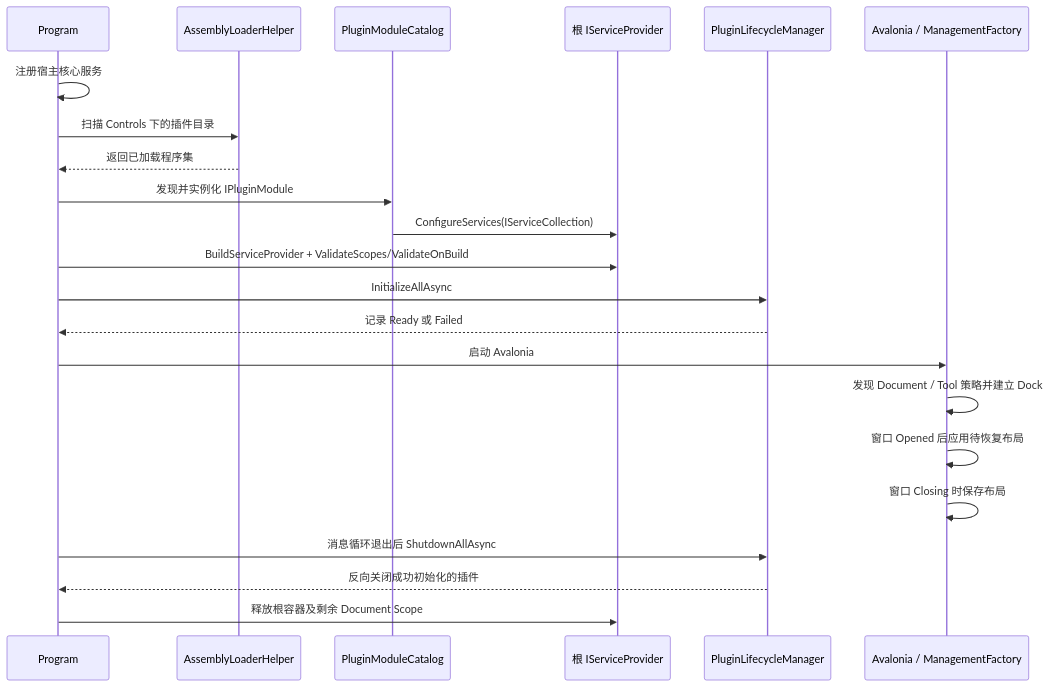
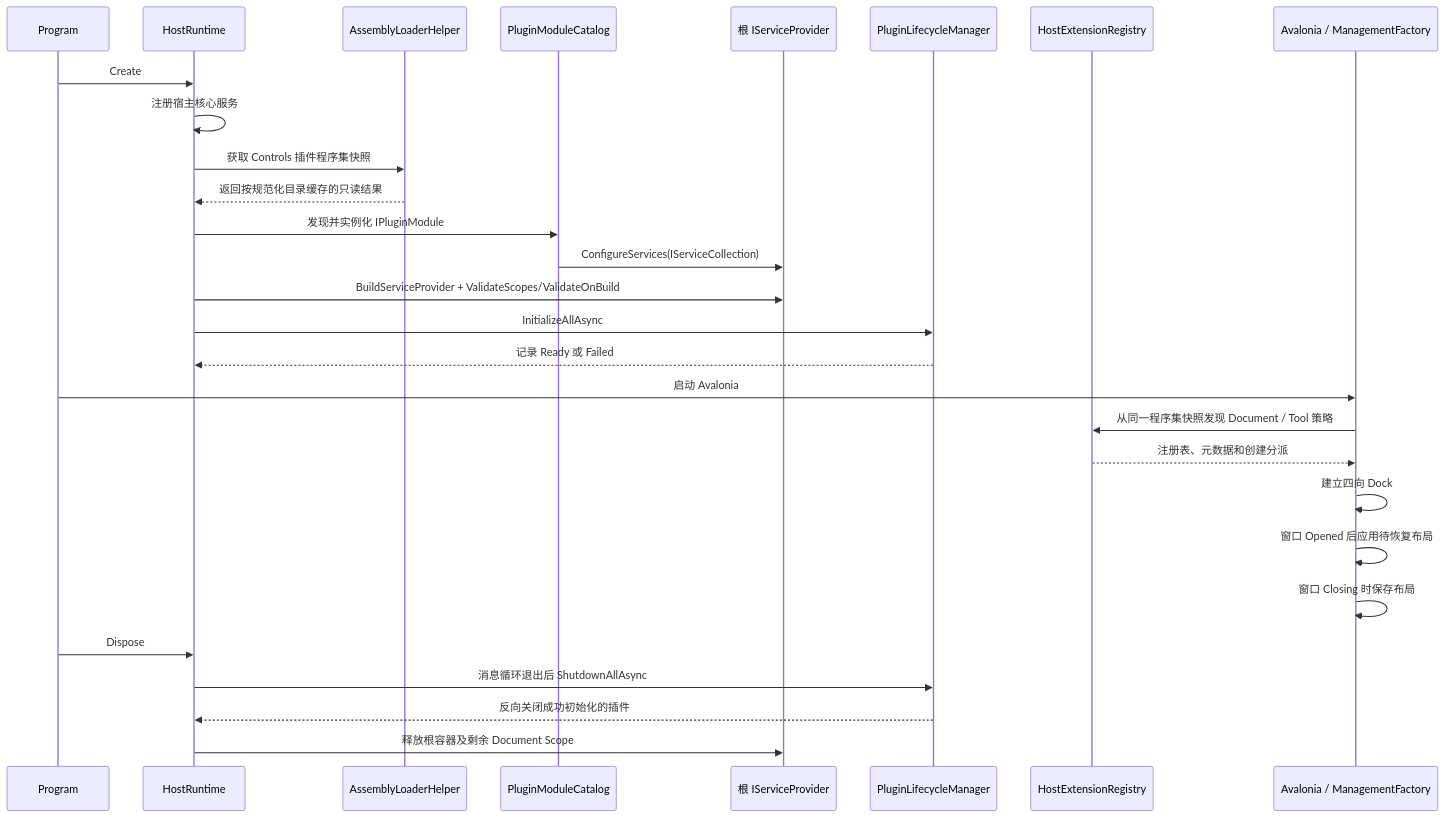
The second of 5 diagrams in docs/host-plugin-architecture-review.md (crownclowngx/avalonia_dock_simple_test), drawn with Mermaid before and after one commit. The commit also changed other lines of this file and 35 other files, not shown here.

````diff
--- a/docs/host-plugin-architecture-review.md
+++ b/docs/host-plugin-architecture-review.md
@@ -63,25 +63,31 @@
 ```mermaid
 sequenceDiagram
     participant P as Program
+    participant R as HostRuntime
     participant L as AssemblyLoaderHelper
     participant C as PluginModuleCatalog
     participant DI as 根 IServiceProvider
     participant LM as PluginLifecycleManager
+    participant E as HostExtensionRegistry
     participant UI as Avalonia / ManagementFactory
 
-    P->>P: 注册宿主核心服务
-    P->>L: 扫描 Controls 下的插件目录
-    L-->>P: 返回已加载程序集
-    P->>C: 发现并实例化 IPluginModule
+    P->>R: Create
+    R->>R: 注册宿主核心服务
+    R->>L: 获取 Controls 插件程序集快照
+    L-->>R: 返回按规范化目录缓存的只读结果
+    R->>C: 发现并实例化 IPluginModule
     C->>DI: ConfigureServices(IServiceCollection)
-    P->>DI: BuildServiceProvider + ValidateScopes/ValidateOnBuild
-    P->>LM: InitializeAllAsync
-    LM-->>P: 记录 Ready 或 Failed
+    R->>DI: BuildServiceProvider + ValidateScopes/ValidateOnBuild
+    R->>LM: InitializeAllAsync
+    LM-->>R: 记录 Ready 或 Failed
     P->>UI: 启动 Avalonia
-    UI->>UI: 发现 Document / Tool 策略并建立 Dock
+    UI->>E: 从同一程序集快照发现 Document / Tool 策略
+    E-->>UI: 注册表、元数据和创建分派
+    UI->>UI: 建立四向 Dock
     UI->>UI: 窗口 Opened 后应用待恢复布局
     UI->>UI: 窗口 Closing 时保存布局
-    P->>LM: 消息循环退出后 ShutdownAllAsync
-    LM-->>P: 反向关闭成功初始化的插件
-    P->>DI: 释放根容器及剩余 Document Scope
+    P->>R: Dispose
+    R->>LM: 消息循环退出后 ShutdownAllAsync
+    LM-->>R: 反向关闭成功初始化的插件
+    R->>DI: 释放根容器及剩余 Document Scope
 ```
````
